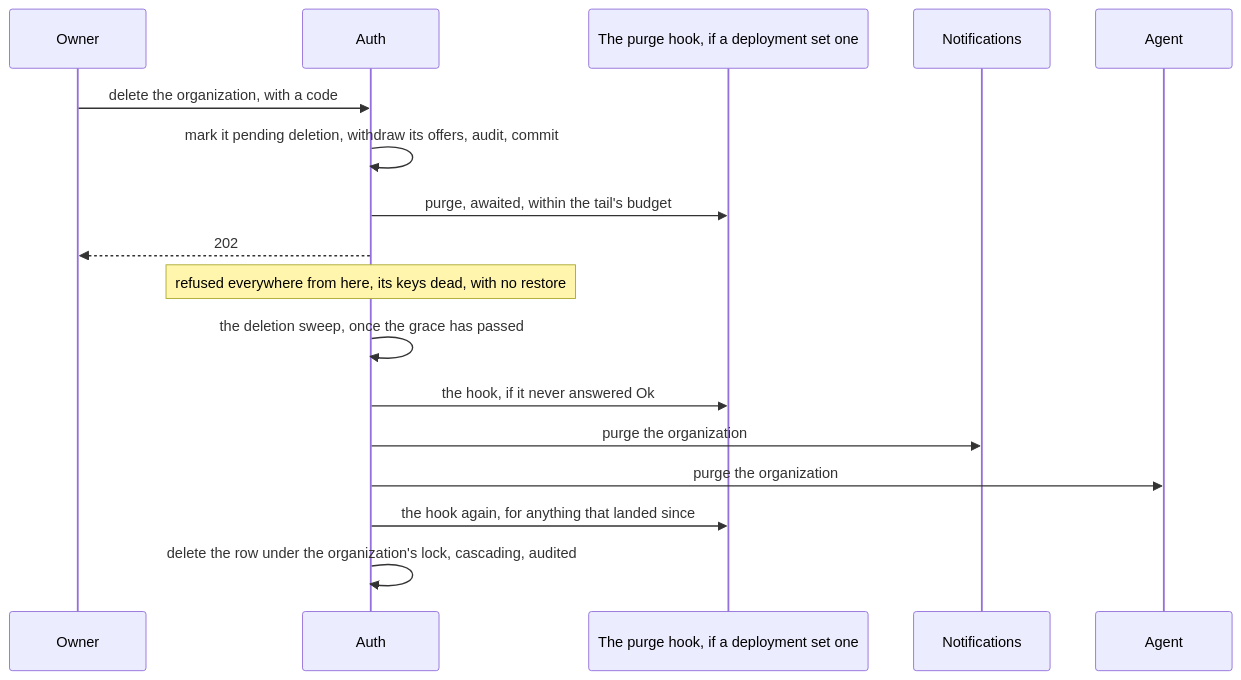
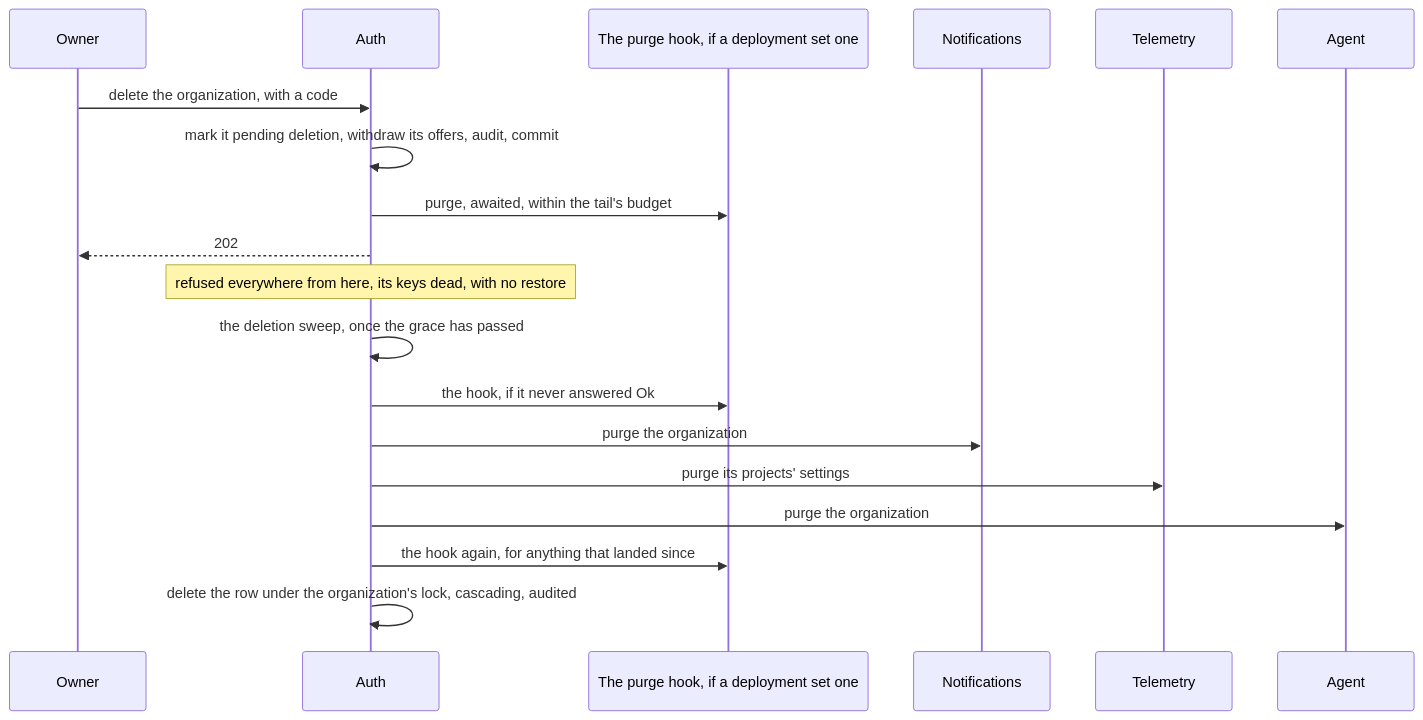
The fourth of 5 diagrams in ARCHITECTURE.md (telmoni/telmoni), drawn with Mermaid before and after one commit. The commit also changed other lines of this file and 110 other files, not shown here.

First line of the commit message:
feat(telemetry): add the telemetry module, its spans in ClickHouse

````diff
--- a/ARCHITECTURE.md
+++ b/ARCHITECTURE.md
@@ -217,19 +229,21 @@
 ```mermaid
 sequenceDiagram
   participant O as Owner
   participant A as Auth
   participant H as The purge hook, if a deployment set one
   participant N as Notifications
+  participant T as Telemetry
   participant G as Agent
   O->>A: delete the organization, with a code
   A->>A: mark it pending deletion, withdraw its offers, audit, commit
   A->>H: purge, awaited, within the tail's budget
   A-->>O: 202
   Note over A: refused everywhere from here, its keys dead, with no restore
   A->>A: the deletion sweep, once the grace has passed
   A->>H: the hook, if it never answered Ok
   A->>N: purge the organization
+  A->>T: purge its projects' settings
   A->>G: purge the organization
   A->>H: the hook again, for anything that landed since
   A->>A: delete the row under the organization's lock, cascading, audited
 ```
````
